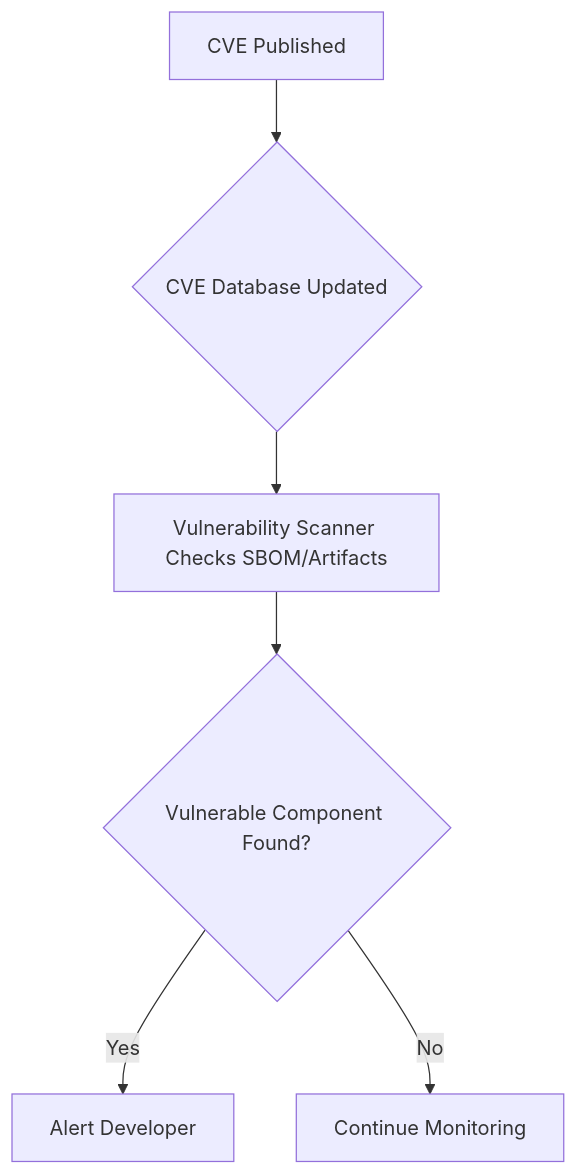
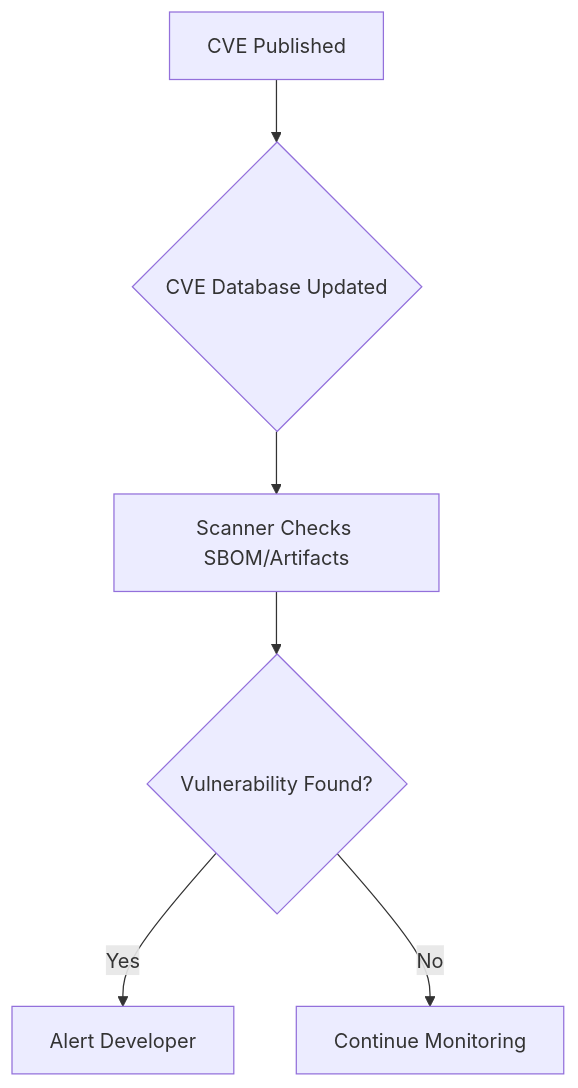
Before and after one commit to adrianbacceli/Knowledge_Management: the third of 3 diagrams in content/Developing/Developing Methodologies.md, drawn with Mermaid. The commit also changed other lines of this file, not shown here.

````diff
--- a/content/Developing/Developing Methodologies.md
+++ b/content/Developing/Developing Methodologies.md
@@ -348,8 +262,8 @@
 ```mermaid
 flowchart TD
     A[CVE Published] --> B{CVE Database Updated}
-    B --> C[Vulnerability Scanner Checks SBOM/Artifacts]
-    C --> D{Vulnerable Component Found?}
+    B --> C[Scanner Checks SBOM/Artifacts]
+    C --> D{Vulnerability Found?}
     D -- Yes --> E[Alert Developer]
     D -- No --> F[Continue Monitoring]
 ```
````
